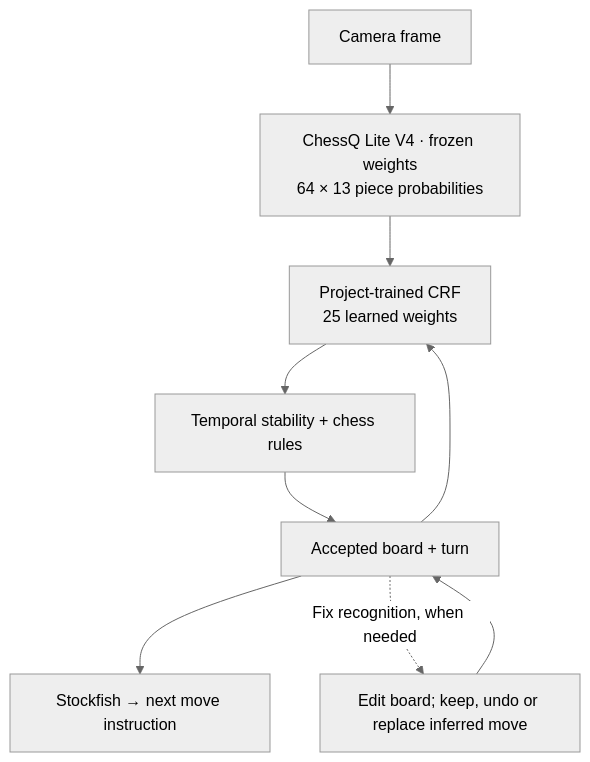
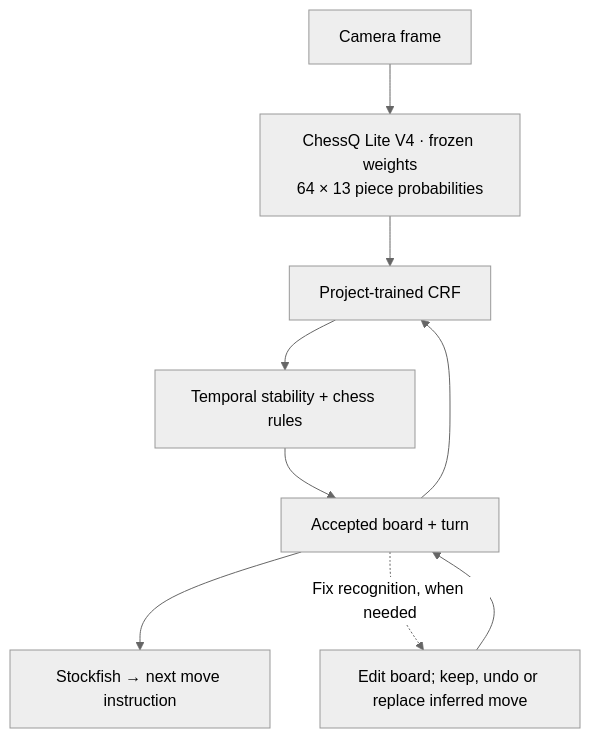
Before and after one commit to AmethystineAlpaca/camera_chess: the diagram in README.md, drawn with Mermaid (neutral theme). The commit also changed other lines of this file and 2 other files, not shown here.

Commit message:
docs: remove provisional CRF parameters from READMEs

````diff
--- a/README.md
+++ b/README.md
@@ -36,11 +36,11 @@
 ```mermaid
 flowchart TD
     C["Camera frame"] --> V["ChessQ Lite V4 · frozen weights<br/>64 × 13 piece probabilities"]
-    V --> R["Project-trained CRF<br/>25 learned weights"]
+    V --> R["Project-trained CRF"]
     G["Accepted board + turn"] --> R
     R --> T["Temporal stability + chess rules"]
     T --> G
     G --> S["Stockfish → next move instruction"]
     G -. "Fix recognition, when needed" .-> F["Edit board; keep, undo or replace inferred move"]
     F --> G
 ```
````
